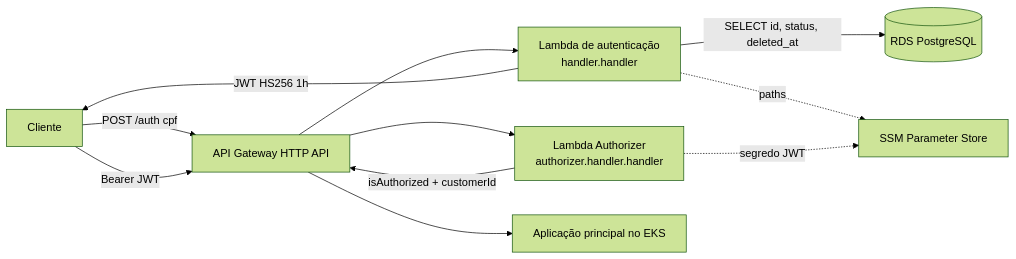
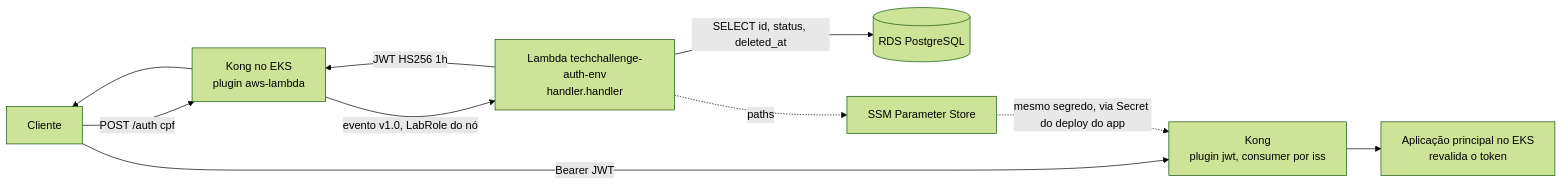
The diagram in README.md (DevKaue/TechChallange---Function-Serverless), drawn with Mermaid (forest theme) before and after one commit. The commit also changed other lines of this file and 12 other files, not shown here.

First line of the commit message:
docs: registra o Kong no lugar do API Gateway e o ambiente staging

````diff
--- a/README.md
+++ b/README.md
@@ -90,13 +101,12 @@
 ```mermaid
 flowchart LR
-  C[Cliente] -->|POST /auth cpf| GW[API Gateway HTTP API]
-  GW --> AUTH[Lambda de autenticação<br/>handler.handler]
+  C[Cliente] -->|POST /auth cpf| KONG[Kong no EKS<br/>plugin aws-lambda]
+  KONG -->|evento v1.0, LabRole do nó| AUTH[Lambda techchallenge-auth-env<br/>handler.handler]
   AUTH -->|SELECT id, status, deleted_at| RDS[(RDS PostgreSQL)]
   AUTH -.->|paths| SSM[SSM Parameter Store]
-  AUTH -->|JWT HS256 1h| C
-  C -->|Bearer JWT| GW
-  GW --> AZ[Lambda Authorizer<br/>authorizer.handler.handler]
-  AZ -.->|segredo JWT| SSM
-  AZ -->|isAuthorized + customerId| GW
-  GW --> APP[Aplicação principal no EKS]
+  AUTH -->|JWT HS256 1h| KONG
+  KONG --> C
+  C -->|Bearer JWT| KONGJ[Kong<br/>plugin jwt, consumer por iss]
+  SSM -.->|mesmo segredo, via Secret do deploy do app| KONGJ
+  KONGJ --> APP[Aplicação principal no EKS<br/>revalida o token]
 ```
````
